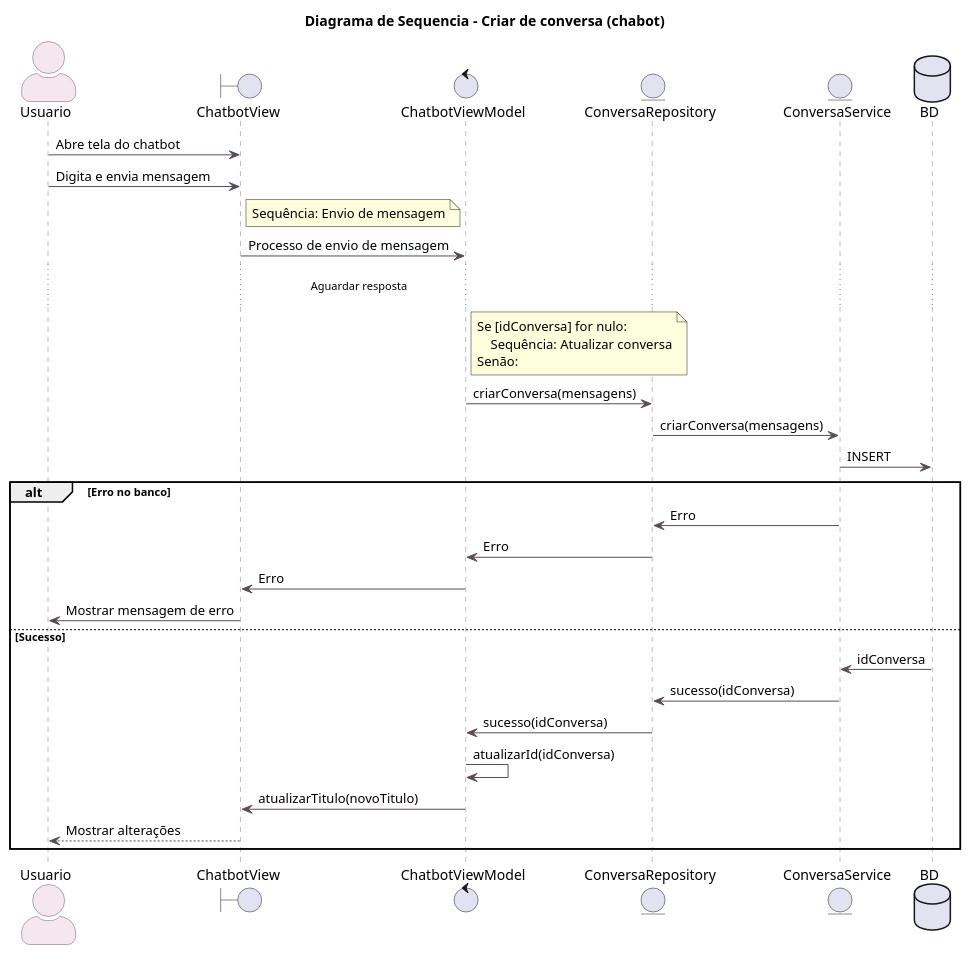
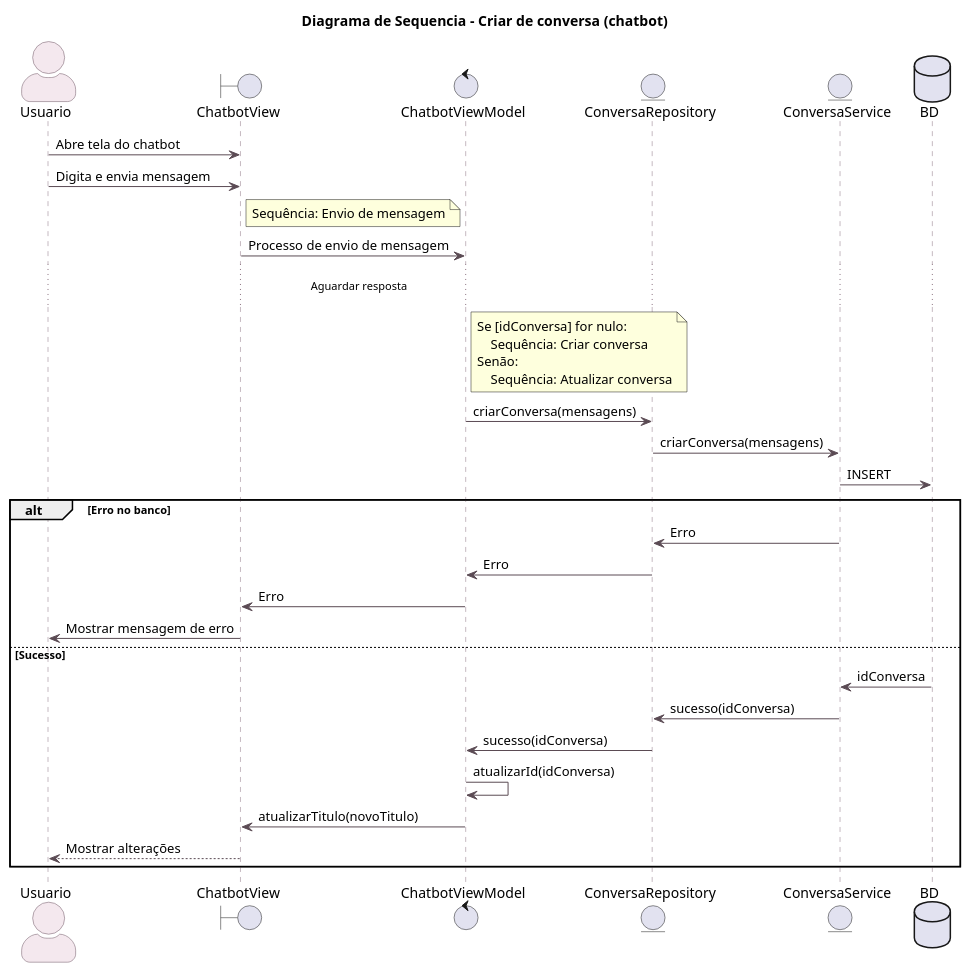
One commit to aspiringluke/Projeto-Integrado-Mobile changed the diagram in docs/casosUso/uml/diagrama_sequencia/seq_criar_conversa.puml. Above: the diagram before and after it, drawn with PlantUML. The commit also changed 31 other files, not shown here.

```diff
--- a/docs/casosUso/uml/diagrama_sequencia/seq_criar_conversa.puml
+++ b/docs/casosUso/uml/diagrama_sequencia/seq_criar_conversa.puml
@@ -1,56 +1,57 @@
 @startuml Diagrama de Sequencia - Criar de conversa (chatbot)
 
-title Diagrama de Sequencia - Criar de conversa (chabot)
+title Diagrama de Sequencia - Criar de conversa (chatbot)
 
 skinparam backgroundColor white
 skinparam actorStyle awesome
 skinparam sequence {
     ArrowColor #5B4B54
     LifeLineBorderColor #8B7380
     LifeLineBackgroundColor #F8F2F5
     ParticipantBorderColor #8B7380
     ParticipantBackgroundColor #FDF7FA
     ActorBorderColor #6C5562
     ActorBackgroundColor #F4E8EE
 }
 
 actor Usuario as u
 
 boundary ChatbotView as cv
 control ChatbotViewModel as cvm
 entity ConversaRepository as cr
 entity ConversaService as cs
 database BD
 
 
 u -> cv : Abre tela do chatbot
 u -> cv : Digita e envia mensagem
 note right of cv
 Sequência: Envio de mensagem
 endnote
 cv -> cvm : Processo de envio de mensagem
 ' Por favor NÃO APAGUE o espaço em branco entre "resposta" e "..."
 ' Ele é necessário para centralizar corretamente o texto no diagrama
 ...Aguardar resposta                                                                                            ...
 note right of cvm
 Se [idConversa] for nulo:
+    Sequência: Criar conversa
+Senão:
     Sequência: Atualizar conversa
-Senão:
 endnote
 cvm -> cr : criarConversa(mensagens)
 cr -> cs : criarConversa(mensagens)
 cs -> BD : INSERT
 alt Erro no banco
     cs -> cr : Erro
     cr -> cvm : Erro
     cvm -> cv : Erro
     cv -> u : Mostrar mensagem de erro
 else Sucesso
     BD -> cs : idConversa
     cs -> cr : sucesso(idConversa)
     cr -> cvm : sucesso(idConversa)
     cvm -> cvm : atualizarId(idConversa)
     cvm -> cv : atualizarTitulo(novoTitulo)
     cv --> u : Mostrar alterações
 end
 @enduml
```
